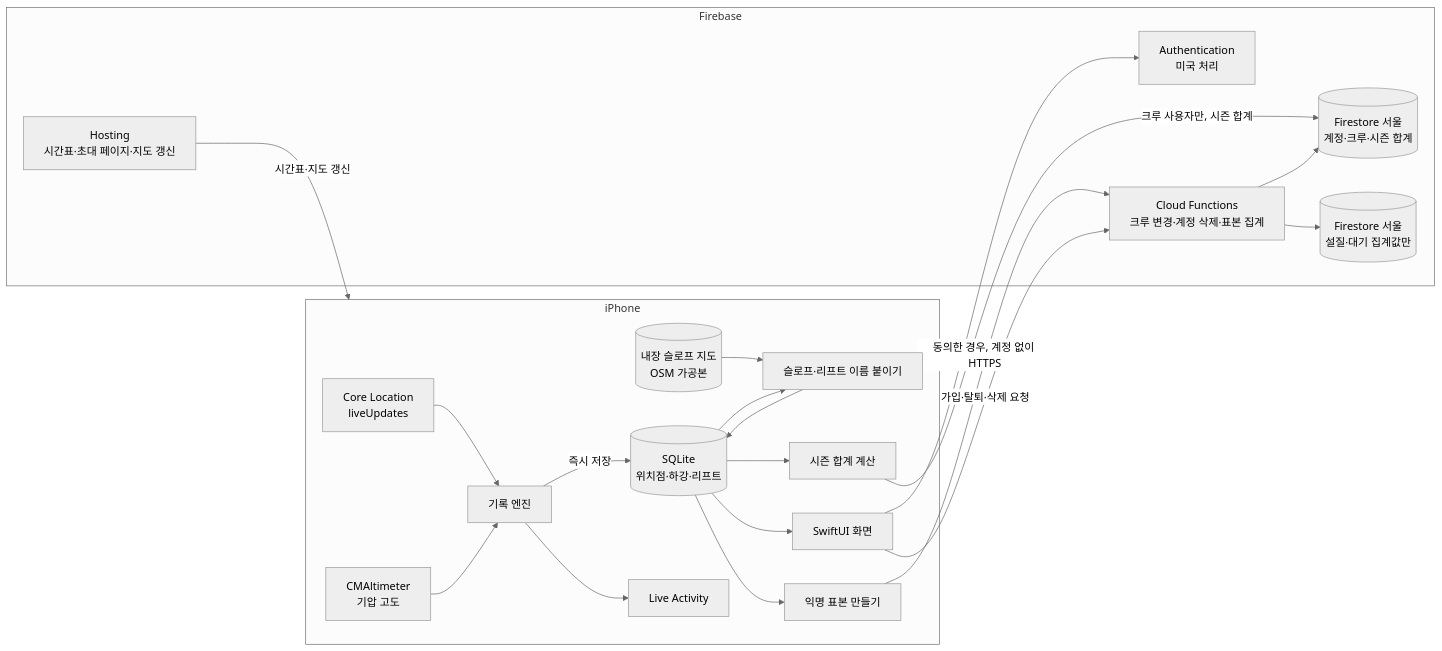
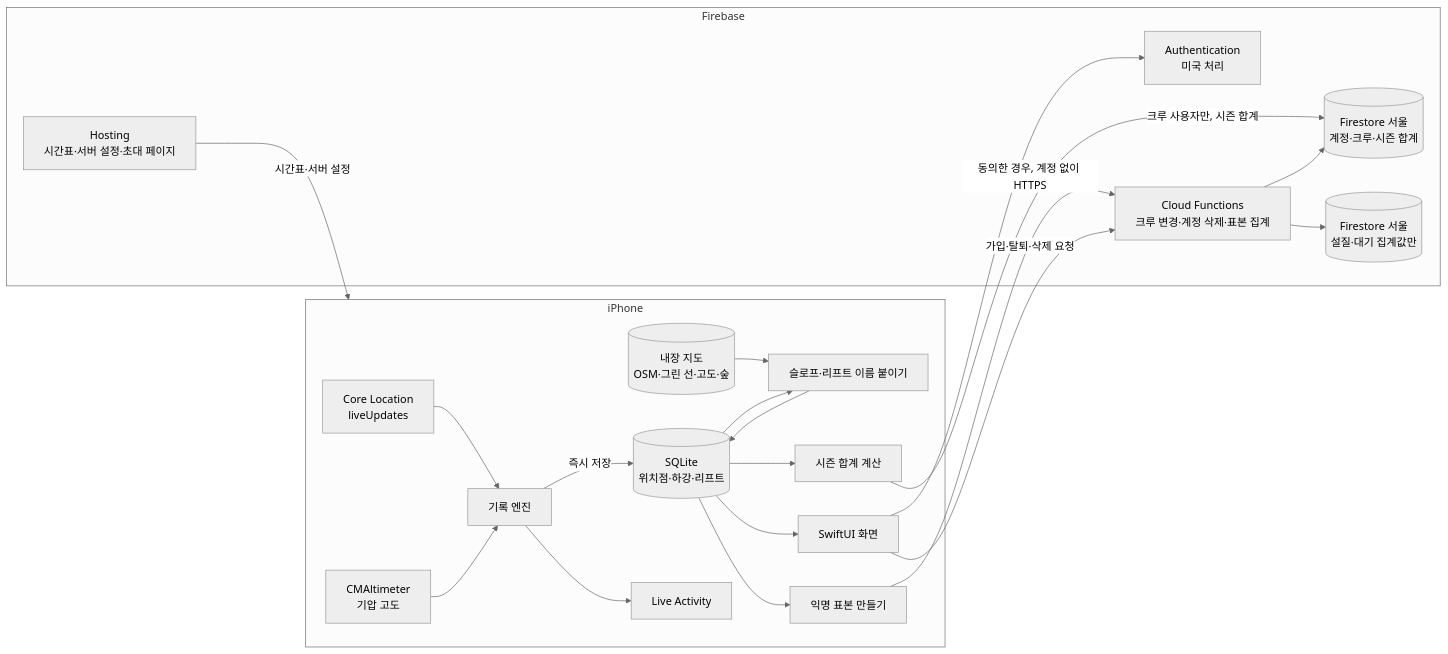
One commit to JIHO45/SlopeMate changed the first of 4 diagrams in docs/05-design.md. Above: the diagram before and after it, drawn with Mermaid (neutral theme). The commit also changed other lines of this file and 18 other files, not shown here.

````diff
--- a/docs/05-design.md
+++ b/docs/05-design.md
@@ -25,29 +25,29 @@
 ```mermaid
 flowchart LR
     subgraph 기기[iPhone]
         GPS[Core Location<br/>liveUpdates] --> Rec[기록 엔진]
         Baro[CMAltimeter<br/>기압 고도] --> Rec
         Rec -->|즉시 저장| DB[(SQLite<br/>위치점·하강·리프트)]
-        Map[(내장 슬로프 지도<br/>OSM 가공본)] --> Match[슬로프·리프트 이름 붙이기]
+        Map[(내장 지도<br/>OSM·그린 선·고도·숲)] --> Match[슬로프·리프트 이름 붙이기]
         DB --> Match
         Match --> DB
         DB --> UI[SwiftUI 화면]
         Rec --> LA[Live Activity]
         DB --> Sum[시즌 합계 계산]
         DB --> Smp[익명 표본 만들기]
     end
 
     subgraph 서버[Firebase]
         Auth[Authentication<br/>미국 처리]
         FS[(Firestore 서울<br/>계정·크루·시즌 합계)]
         Agg[(Firestore 서울<br/>설질·대기 집계값만)]
         Fn[Cloud Functions<br/>크루 변경·계정 삭제·표본 집계]
-        Host[Hosting<br/>시간표·초대 페이지·지도 갱신]
+        Host[Hosting<br/>시간표·서버 설정·초대 페이지]
     end
 
     Sum -->|크루 사용자만, 시즌 합계| FS
     Smp -->|동의한 경우, 계정 없이 HTTPS| Fn --> Agg
     UI -->|가입·탈퇴·삭제 요청| Fn --> FS
     UI --> Auth
-    Host -->|시간표·지도 갱신| 기기
+    Host -->|시간표·서버 설정| 기기
 ```
````
